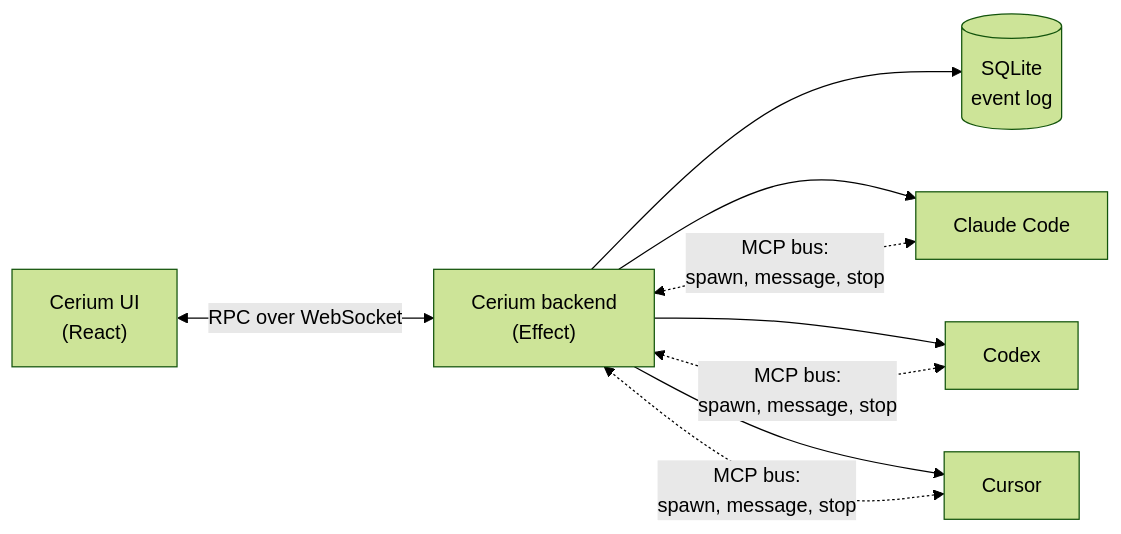
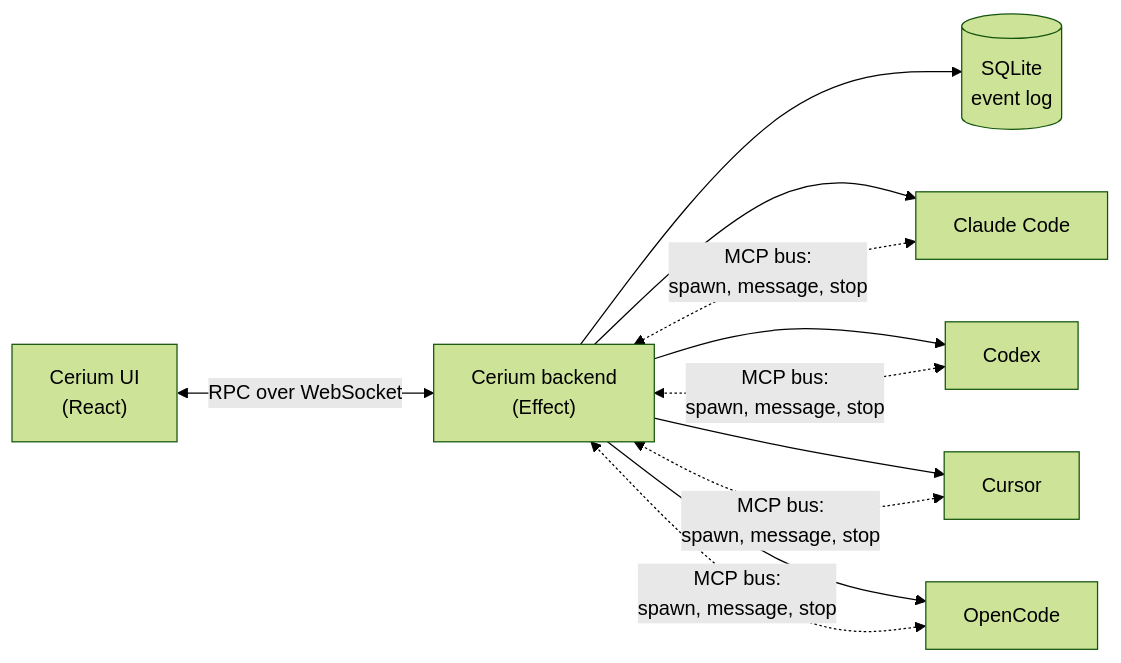
Before and after one commit to CeriumHQ/cerium: the diagram in README.md, drawn with Mermaid (forest theme). The commit also changed other lines of this file and 3 other files, not shown here.

Commit message:
docs: name OpenCode among the harnesses Cerium drives

````diff
--- a/README.md
+++ b/README.md
@@ -158,9 +163,10 @@
 ```mermaid
 flowchart LR
   UI["Cerium UI<br/>(React)"] <-- "RPC over WebSocket" --> Backend["Cerium backend<br/>(Effect)"]
   Backend --> Store[("SQLite<br/>event log")]
   Backend --> Claude["Claude Code"]
   Backend --> Codex["Codex"]
   Backend --> Cursor["Cursor"]
-  Claude & Codex & Cursor <-. "MCP bus:<br/>spawn, message, stop" .-> Backend
+  Backend --> OpenCode["OpenCode"]
+  Claude & Codex & Cursor & OpenCode <-. "MCP bus:<br/>spawn, message, stop" .-> Backend
 ```
````
